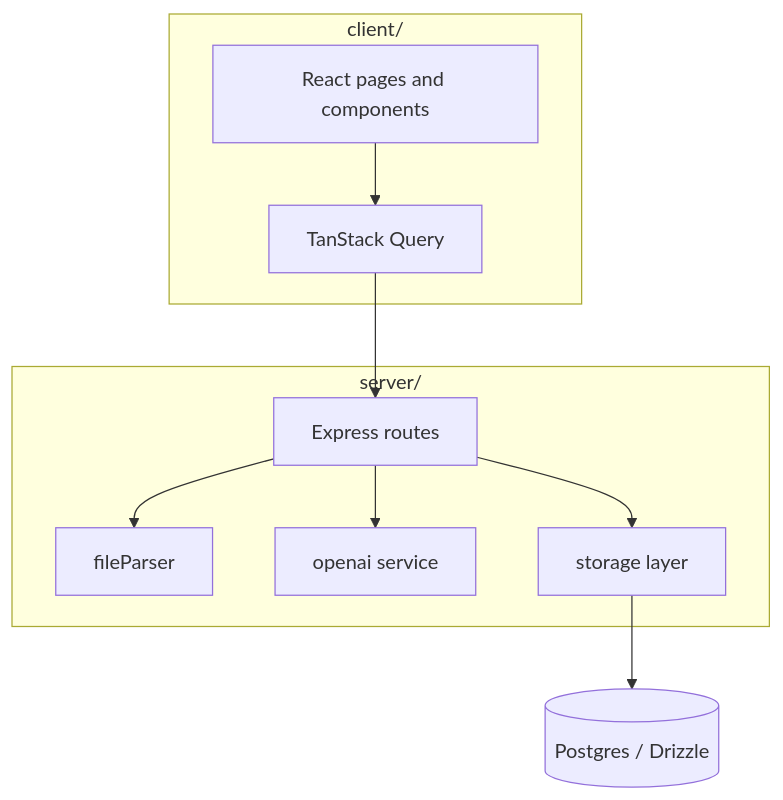
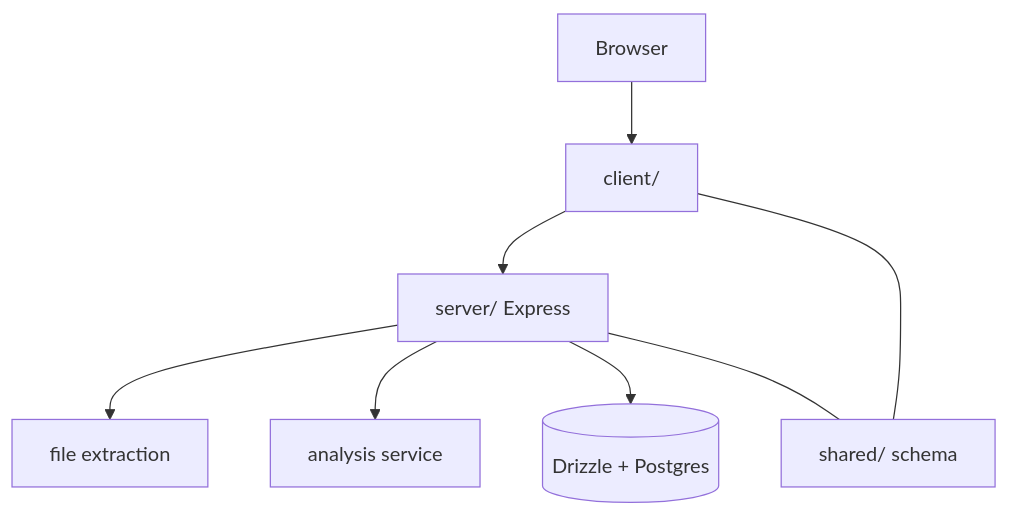
Before and after one commit to Aneesh495/covenant: the diagram in README.md, drawn with Mermaid. The commit also changed other lines of this file, not shown here.

Commit message:
Map Covenant client, server, and shared-schema responsibilities

````diff
--- a/README.md
+++ b/README.md
@@ -9,18 +9,10 @@
 ```mermaid
 flowchart TB
-  subgraph client [client/]
-    UI[React pages and components]
-    QC[TanStack Query]
-  end
-  subgraph server [server/]
-    API[Express routes]
-    Parse[fileParser]
-    LLM[openai service]
-    Store[storage layer]
-  end
-  UI --> QC --> API
-  API --> Parse
-  API --> LLM
-  API --> Store
-  Store --> DB[(Postgres / Drizzle)]
+  Browser --> Web[client/]
+  Web --> API[server/ Express]
+  API --> Parser[file extraction]
+  API --> Model[analysis service]
+  API --> DB[(Drizzle + Postgres)]
+  Web --- Shared[shared/ schema]
+  API --- Shared
 ```
````
